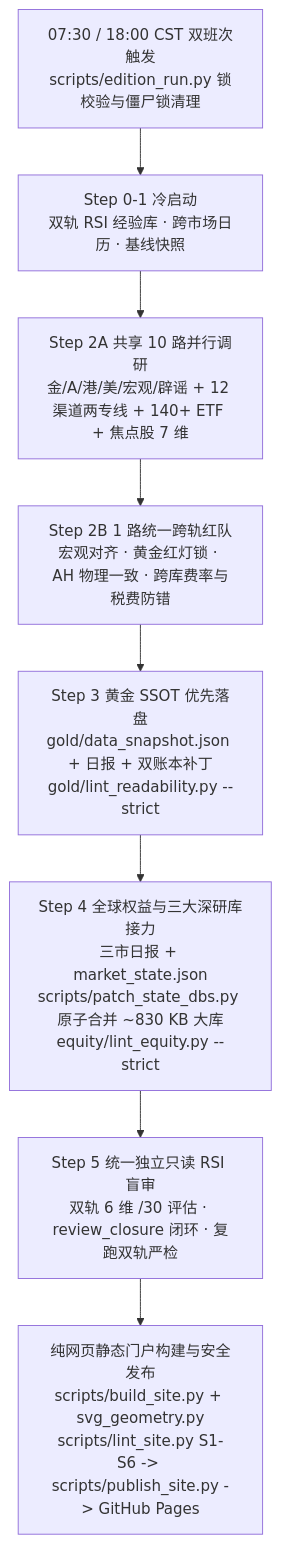
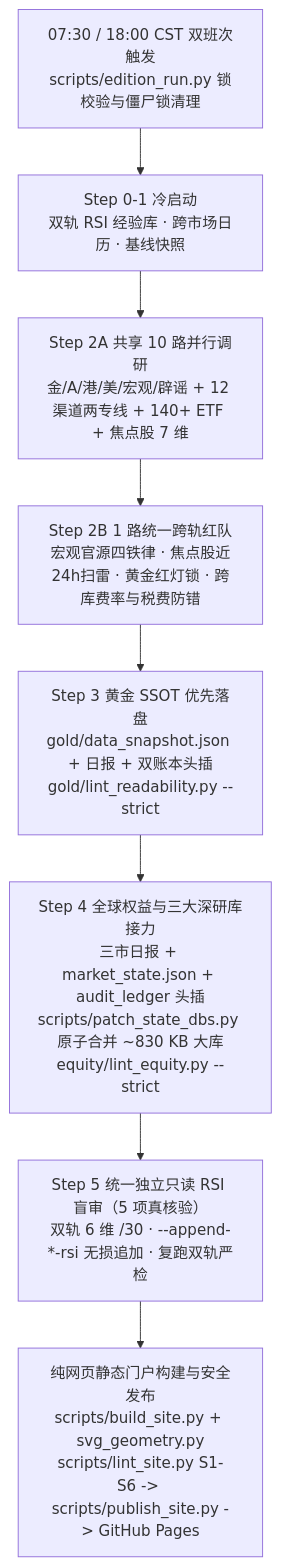
Before and after one commit to nanless/global-investment-research: the diagram in README.md, drawn with Mermaid. The commit also changed other lines of this file and 43 other files, not shown here.

````diff
--- a/README.md
+++ b/README.md
@@ -75,10 +75,10 @@
 ```mermaid
 flowchart TD
     A["07:30 / 18:00 CST 双班次触发\nscripts/edition_run.py 锁校验与僵尸锁清理"] --> B["Step 0-1 冷启动\n双轨 RSI 经验库 · 跨市场日历 · 基线快照"]
     B --> C["Step 2A 共享 10 路并行调研\n金/A/港/美/宏观/辟谣 + 12 渠道两专线 + 140+ ETF + 焦点股 7 维"]
-    C --> D["Step 2B 1 路统一跨轨红队\n宏观对齐 · 黄金红灯锁 · AH 物理一致 · 跨库费率与税费防错"]
-    D --> E["Step 3 黄金 SSOT 优先落盘\ngold/data_snapshot.json + 日报 + 双账本补丁\ngold/lint_readability.py --strict"]
-    E --> F["Step 4 全球权益与三大深研库接力\n三市日报 + market_state.json\nscripts/patch_state_dbs.py 原子合并 ~830 KB 大库\nequity/lint_equity.py --strict"]
-    F --> G["Step 5 统一独立只读 RSI 盲审\n双轨 6 维 /30 评估 · review_closure 闭环 · 复跑双轨严检"]
+    C --> D["Step 2B 1 路统一跨轨红队\n宏观官源四铁律 · 焦点股近24h扫雷 · 黄金红灯锁 · 跨库费率与税费防错"]
+    D --> E["Step 3 黄金 SSOT 优先落盘\ngold/data_snapshot.json + 日报 + 双账本头插\ngold/lint_readability.py --strict"]
+    E --> F["Step 4 全球权益与三大深研库接力\n三市日报 + market_state.json + audit_ledger 头插\nscripts/patch_state_dbs.py 原子合并 ~830 KB 大库\nequity/lint_equity.py --strict"]
+    F --> G["Step 5 统一独立只读 RSI 盲审（5 项真核验）\n双轨 6 维 /30 · --append-*-rsi 无损追加 · 复跑双轨严检"]
     G --> H["纯网页静态门户构建与安全发布\nscripts/build_site.py + svg_geometry.py\nscripts/lint_site.py S1-S6 -> scripts/publish_site.py -> GitHub Pages"]
 ```
````
